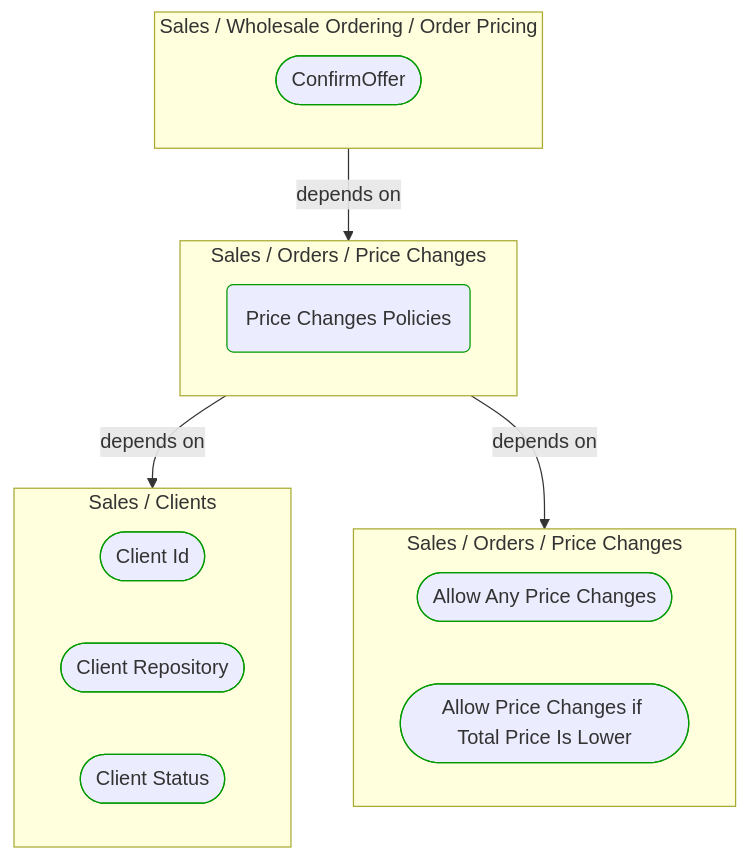
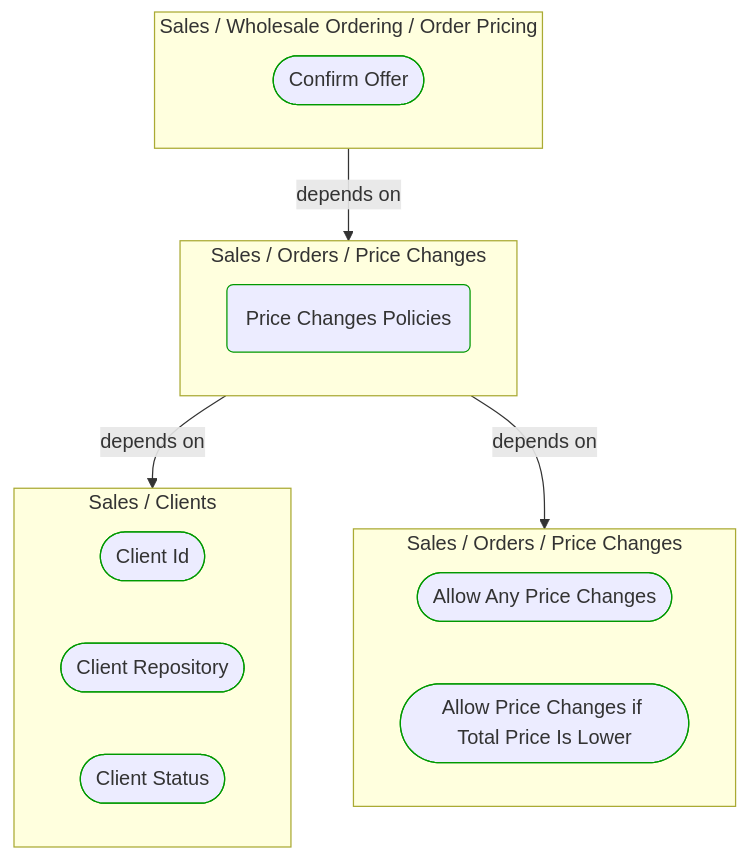
Before and after one commit to itlibrium/DDD-starter-dotnet: the first of 2 diagrams in Docs/P3/MermaidOutput/Domain/Concepts/Sales/Orders/PriceChanges/PriceChangesPolicies.md, drawn with Mermaid. The commit also changed other lines of this file and 51 other files, not shown here.

````diff
--- a/Docs/P3/MermaidOutput/Domain/Concepts/Sales/Orders/PriceChanges/PriceChangesPolicies.md
+++ b/Docs/P3/MermaidOutput/Domain/Concepts/Sales/Orders/PriceChanges/PriceChangesPolicies.md
@@ -20,31 +20,31 @@
 ```mermaid
   flowchart TB
     subgraph 0["Sales / Wholesale Ordering / Order Pricing"]
-      1([ConfirmOffer])
+      1([Confirm Offer])
       class 1 DomainPerspective
     end
     subgraph 2["Sales / Orders / Price Changes"]
       3(Price Changes Policies)
       class 3 DomainPerspective
     end
     subgraph 4["Sales / Clients"]
       5([Client Id])
       class 5 DomainPerspective
       6([Client Repository])
       class 6 DomainPerspective
       7([Client Status])
       class 7 DomainPerspective
     end
     subgraph 8["Sales / Orders / Price Changes"]
       9([Allow Any Price Changes])
       class 9 DomainPerspective
       10([Allow Price Changes if Total Price Is Lower])
       class 10 DomainPerspective
     end
     0-->|depends on|2
     2-->|depends on|4
     2-->|depends on|8
     classDef DomainPerspective stroke:#009900
     classDef TechnologyPerspective stroke:#1F41EB
     classDef PeoplePerspective stroke:#FFF014
 ```
````
